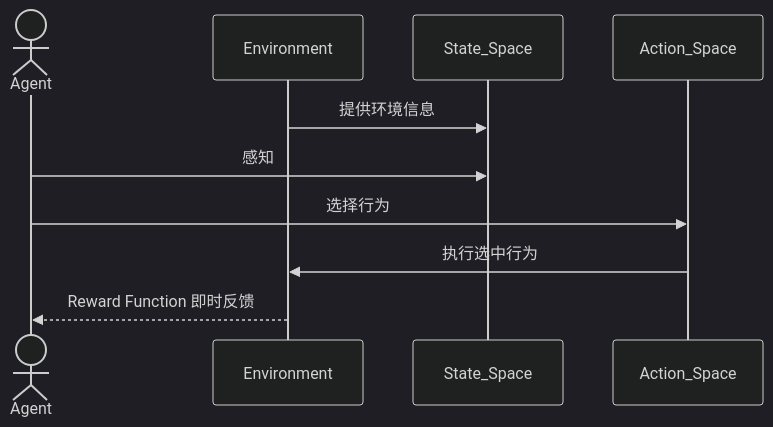
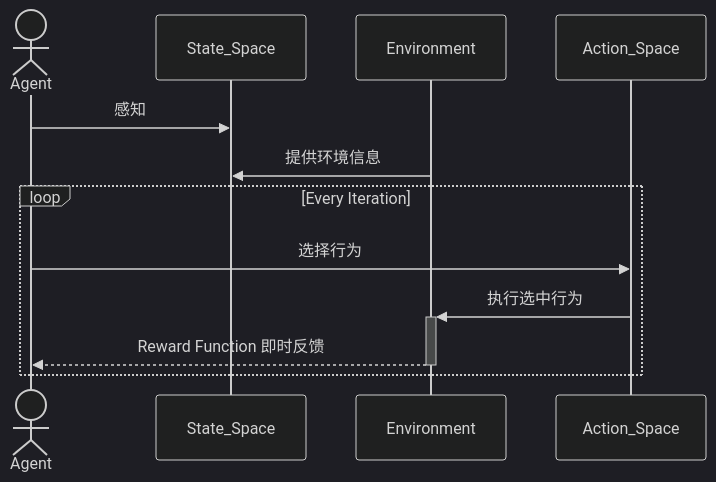
Before and after one commit to NeonHo/CSMLNotebook: the diagram in Machine Learning/Reinforcement Learning/Brief Introduction.md, drawn with Mermaid (dark theme). The commit also changed other lines of this file, not shown here.

Commit message:
vault backup: 2025-02-23 11:01:37
Affected files:
Machine Learning/Reinforcement Learning/Brief Introduction.md

````diff
--- a/Machine Learning/Reinforcement Learning/Brief Introduction.md
+++ b/Machine Learning/Reinforcement Learning/Brief Introduction.md
@@ -10,9 +2,12 @@
 ```mermaid
 sequenceDiagram
 	actor Agent
+    Agent->>State_Space: 感知
     Environment->>State_Space: 提供环境信息
-    Agent->>State_Space: 感知
-	Agent->>Action_Space: 选择行为
-	Action_Space->>Environment: 执行选中行为	
-    Environment-->>Agent: Reward Function 即时反馈
+    loop Every Iteration
+		Agent->>Action_Space: 选择行为
+		Action_Space->>+Environment: 执行选中行为	
+	    Environment-->>-Agent: Reward Function 即时反馈
+	    
+    end
 ```
````
